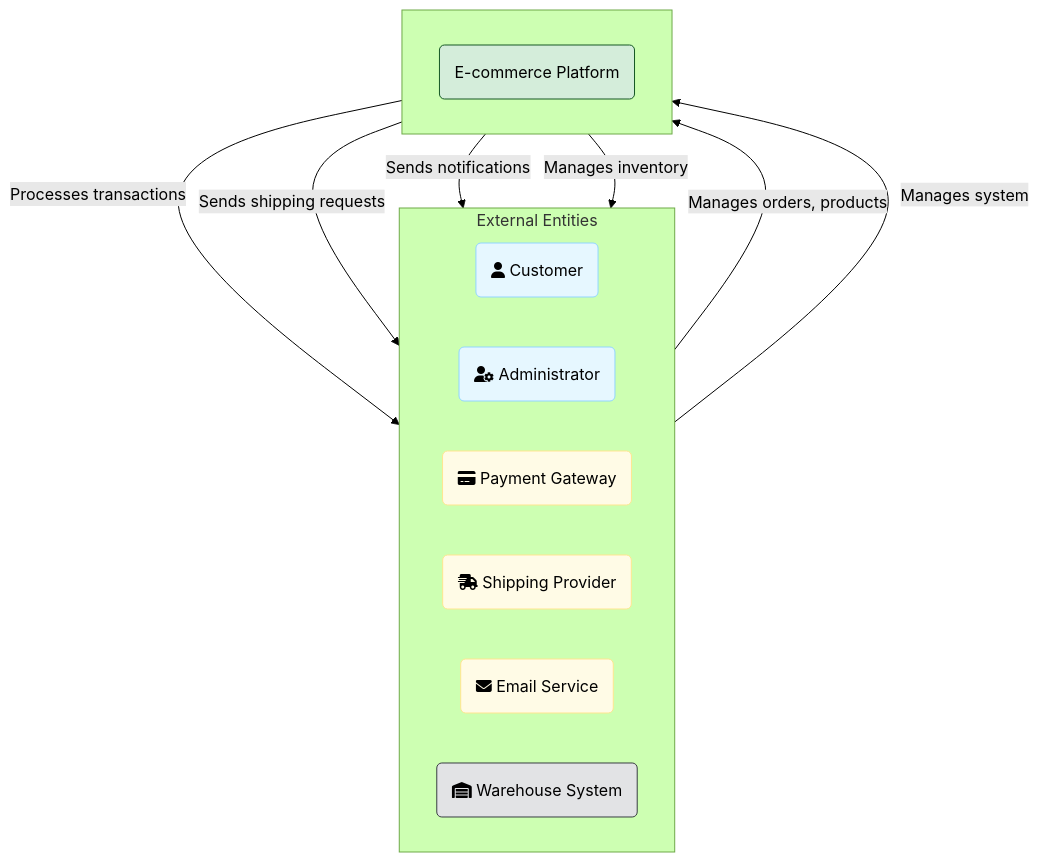
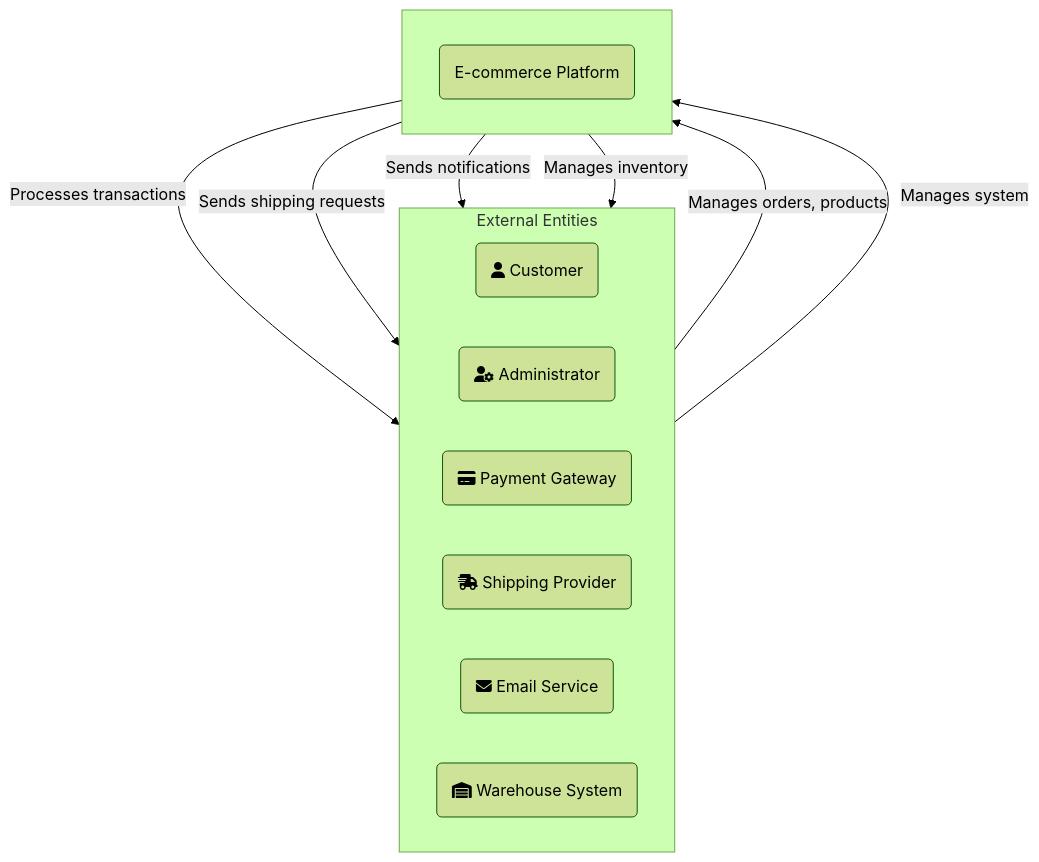
Before and after one commit to sujith-eag/sujith-library: the second of 8 diagrams in docs/software-modeling/c4-model.md, drawn with Mermaid (forest theme). The commit also changed other lines of this file and 41 other files, not shown here.

First line of the commit message:
Refactor diagrams and remove redundant styles in documentation

````diff
--- a/docs/software-modeling/c4-model.md
+++ b/docs/software-modeling/c4-model.md
@@ -52,32 +47,24 @@
 ```mermaid
 graph TD
     subgraph "External Entities"
         direction LR
         customer(fa:fa-user Customer)
         admin(fa:fa-user-cog Administrator)
         payment_gateway(fa:fa-credit-card Payment Gateway)
         shipping_provider(fa:fa-shipping-fast Shipping Provider)
         email_service(fa:fa-envelope Email Service)
         warehouse(fa:fa-warehouse Warehouse System)
     end
 
     subgraph " "
         direction LR
         ecommerce_platform(E-commerce Platform)
     end
 
     customer -- "Manages orders, products" --> ecommerce_platform
     admin -- "Manages system" --> ecommerce_platform
     ecommerce_platform -- "Processes transactions" --> payment_gateway
     ecommerce_platform -- "Sends shipping requests" --> shipping_provider
     ecommerce_platform -- "Sends notifications" --> email_service
     ecommerce_platform -- "Manages inventory" --> warehouse
-
-    style ecommerce_platform fill:#d4edda,stroke:#155724
-    style customer fill:#e6f7ff,stroke:#91d5ff
-    style admin fill:#e6f7ff,stroke:#91d5ff
-    style payment_gateway fill:#fffbe6,stroke:#ffe58f
-    style shipping_provider fill:#fffbe6,stroke:#ffe58f
-    style email_service fill:#fffbe6,stroke:#ffe58f
-    style warehouse fill:#e2e3e5,stroke:#383d41
 ```
````
